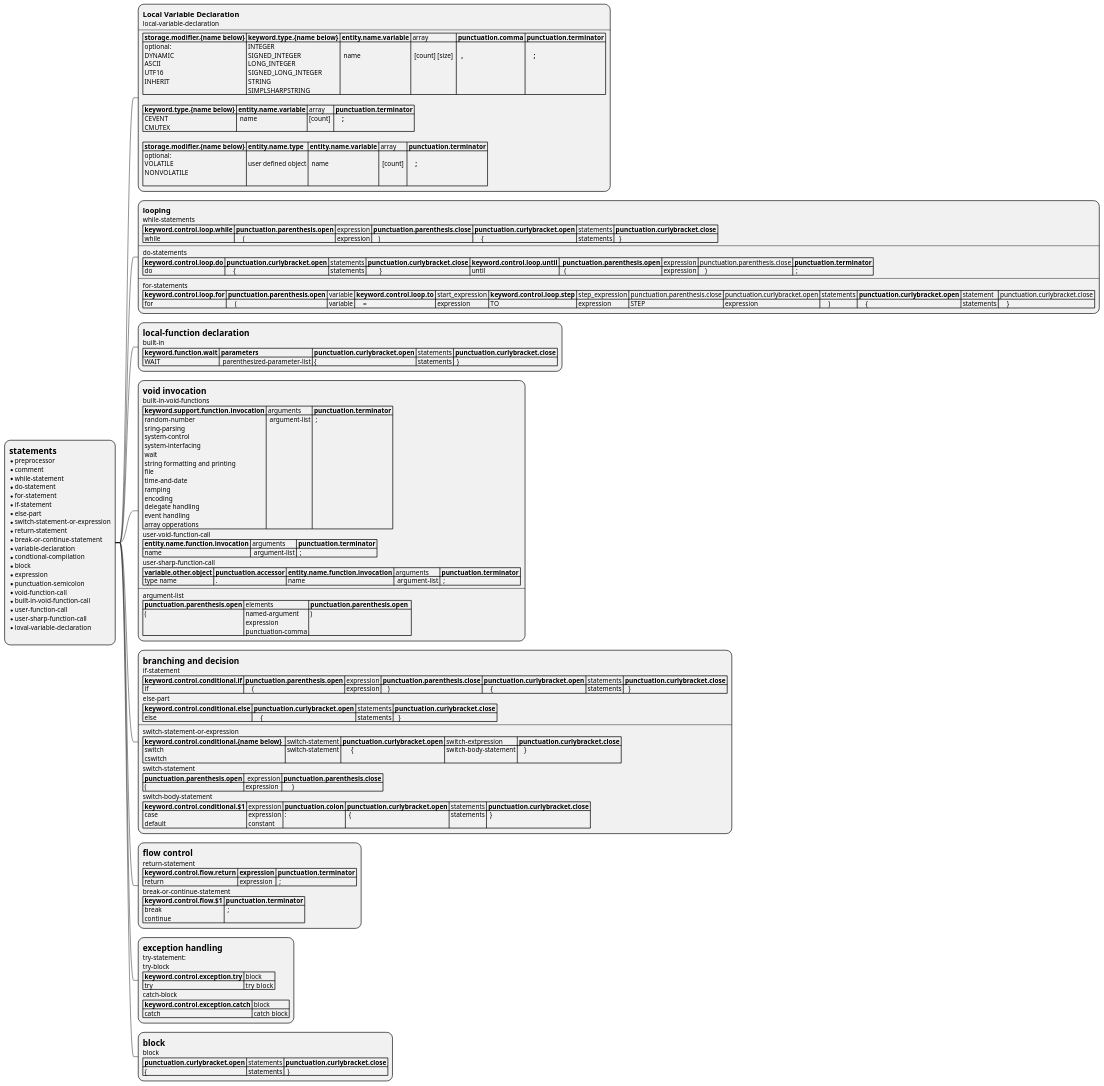
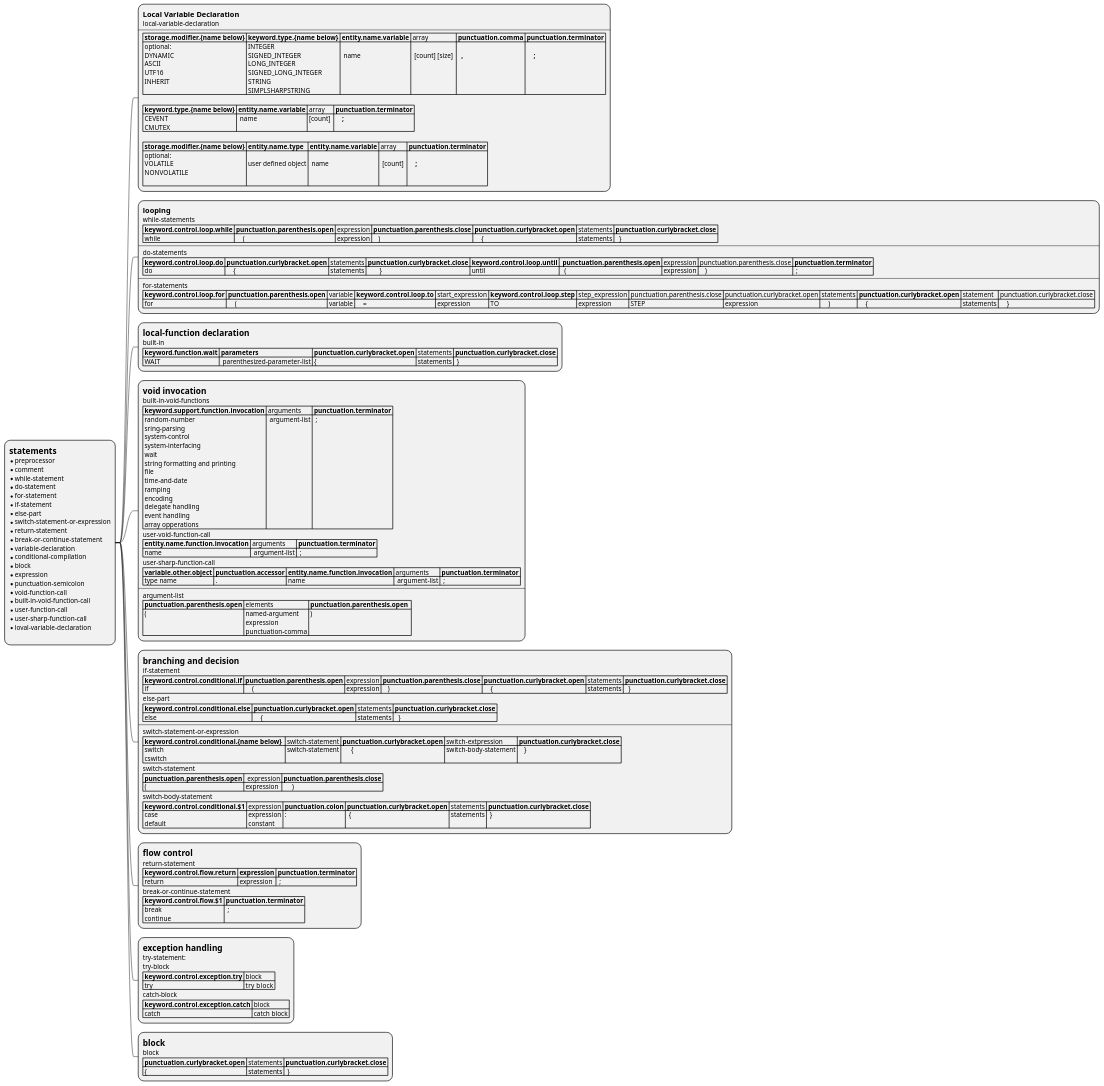
One commit to alvaroyurrita/vscode-crestron-splus changed the diagram in UML/simpl-plus-syntax-mindmap/statements.puml. Above: the diagram before and after it, drawn with PlantUML. The commit also changed 4 other files, not shown here.

```diff
--- a/UML/simpl-plus-syntax-mindmap/statements.puml
+++ b/UML/simpl-plus-syntax-mindmap/statements.puml
@@ -1,111 +1,111 @@
 @startmindmap
 *:= statements
 * preprocessor
 * comment
 * while-statement
 * do-statement
 * for-statement
 * if-statement
 * else-part
 * switch-statement-or-expression
 * return-statement
 * break-or-continue-statement
 * variable-declaration
-* condtional-compilation
+* conditional-compilation
 * block
 * expression
 * punctuation-semicolon
 * void-function-call
 * built-in-void-function-call
 * user-function-call
 * user-sharp-function-call
 * loval-variable-declaration
 ;
 
 **:== Local Variable Declaration
 local-variable-declaration
 ----
 |= storage.modifier.{name below} |= keyword.type.{name below} |= entity.name.variable | array |= punctuation.comma |= punctuation.terminator |
 | optional:\n DYNAMIC \n ASCII\n UTF16\n INHERIT | INTEGER\n SIGNED_INTEGER\n LONG_INTEGER\n SIGNED_LONG_INTEGER\n STRING\n SIMPLSHARPSTRING|  \n  name | \n  [count] [size]  |= \n   ,|=  \n     ; |
 
 |= keyword.type.{name below} |= entity.name.variable | array |= punctuation.terminator |
 | CEVENT\n CMUTEX |  name  | [count]  |=     ; |
 
 |= storage.modifier.{name below} |= entity.name.type |= entity.name.variable | array |= punctuation.terminator |
 | optional:\n VOLATILE\n NONVOLATILE\n | \n user defined object |  \n  name | \n  [count]  |=  \n     ; |;
 
 
 **:== looping
 while-statements
 |= keyword.control.loop.while |= punctuation.parenthesis.open | expression |= punctuation.parenthesis.close |= punctuation.curlybracket.open | statements |= punctuation.curlybracket.close |
 | while |     ( | expression |    )  |     { | statements |   } |
 ----
 do-statements
 |= keyword.control.loop.do |= punctuation.curlybracket.open | statements |= punctuation.curlybracket.close |= keyword.control.loop.until |=  punctuation.parenthesis.open | expression | punctuation.parenthesis.close |= punctuation.terminator |
 | do |     { | statements |        } | until |   ( | expression |    )  |  ; |
 ----
 for-statements
 |= keyword.control.loop.for |= punctuation.parenthesis.open | variable |= keyword.control.loop.to | start_expression |= keyword.control.loop.step | step_expression | punctuation.parenthesis.close | punctuation.curlybracket.open | statements |= punctuation.curlybracket.open | statement | punctuation.curlybracket.close |
 | for |     ( | variable |     = | expression | TO | expression | STEP | expression |     ) |     { | statements |     } |;
 
 **:= local-function declaration
 built-in
 |= keyword.function.wait |= parameters |= punctuation.curlybracket.open | statements |= punctuation.curlybracket.close |
 | WAIT |  parenthesized-parameter-list | {  | statements |  }  |;
 
 **:= void invocation
 built-in-void-functions
 |= keyword.support.function.invocation | arguments  |= punctuation.terminator |
 | random-number\n sring-parsing\n system-control\n system-interfacing\n wait\n string formatting and printing\n file\n time-and-date\n ramping\n encoding\n delegate handling\n event handling\n array opperations |  argument-list |  ;  |
 user-void-function-call
 |= entity.name.function.invocation | arguments  |= punctuation.terminator |
 | name |  argument-list |  ;  |
 user-sharp-function-call
 |= variable.other.object |= punctuation.accessor |= entity.name.function.invocation | arguments  |= punctuation.terminator |
 | type name | . | name |  argument-list |  ;  |
 ----
 argument-list
 |= punctuation.parenthesis.open | elements |= punctuation.parenthesis.open  |
 | (  | named-argument \n expression \n punctuation-comma | )  |;
 
 **:= branching and decision
 if-statement
 |= keyword.control.conditional.if |= punctuation.parenthesis.open | expression |= punctuation.parenthesis.close |= punctuation.curlybracket.open | statements |= punctuation.curlybracket.close |
 | if |     ( | expression |    )  |     { | statements |   } |
 else-part
 |= keyword.control.conditional.else |= punctuation.curlybracket.open | statements |= punctuation.curlybracket.close |
 | else |     { | statements |   } |
 ----
 switch-statement-or-expression
 |= keyword.control.conditional.{name below}  | switch-statement |= punctuation.curlybracket.open | switch-extpression  |= punctuation.curlybracket.close |
 | switch \n cswitch | switch-statement |      { | switch-body-statement |    } |
 switch-statement
 |= punctuation.parenthesis.open |  expression |= punctuation.parenthesis.close |
 | ( | expression |      ) |
 switch-body-statement
 |= keyword.control.conditional.$1 | expression |= punctuation.colon |= punctuation.curlybracket.open | statements |= punctuation.curlybracket.close |
 | case \n default | expression \n constant | : |  { | statements |  }  |  ; |;
 
 **:= flow control
 return-statement
 |= keyword.control.flow.return |= expression |= punctuation.terminator |
 | return | expression |  ; |
 break-or-continue-statement
 |= keyword.control.flow.$1 |= punctuation.terminator |
 | break \n continue |  ; |;
 
 **:= exception handling
 try-statement:
 try-block
 |= keyword.control.exception.try | block |
 | try | try  block |
 catch-block
 |= keyword.control.exception.catch | block |
 | catch | catch block |;
 **:=block
 block
 |= punctuation.curlybracket.open | statements |= punctuation.curlybracket.close |
 | { | statements |  } |;
 
 
 @endmindmap
```
